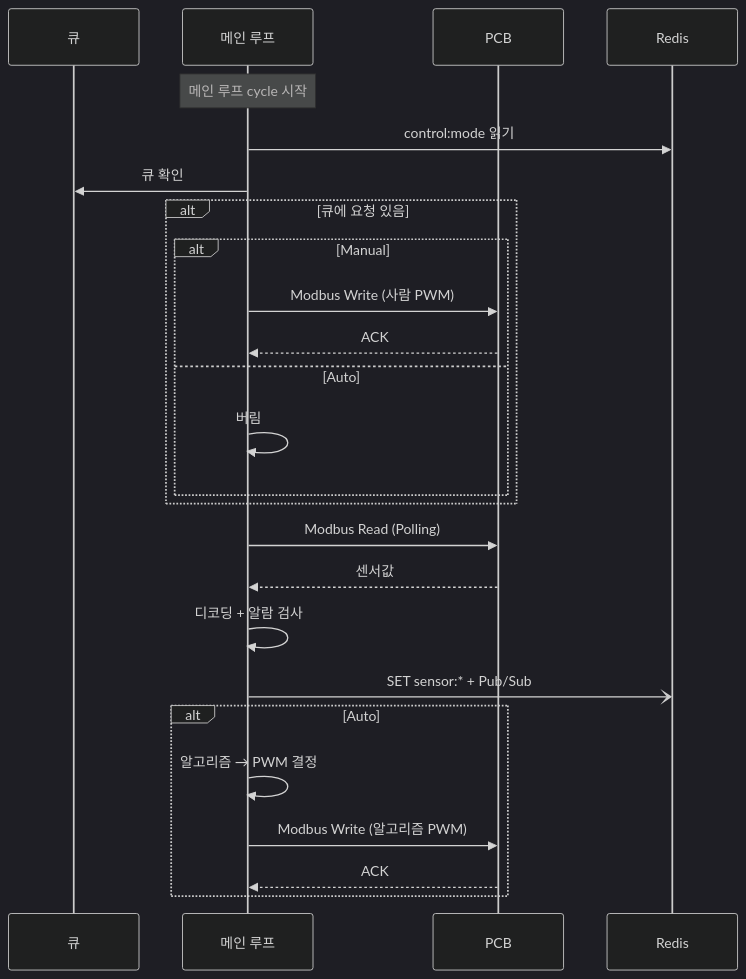
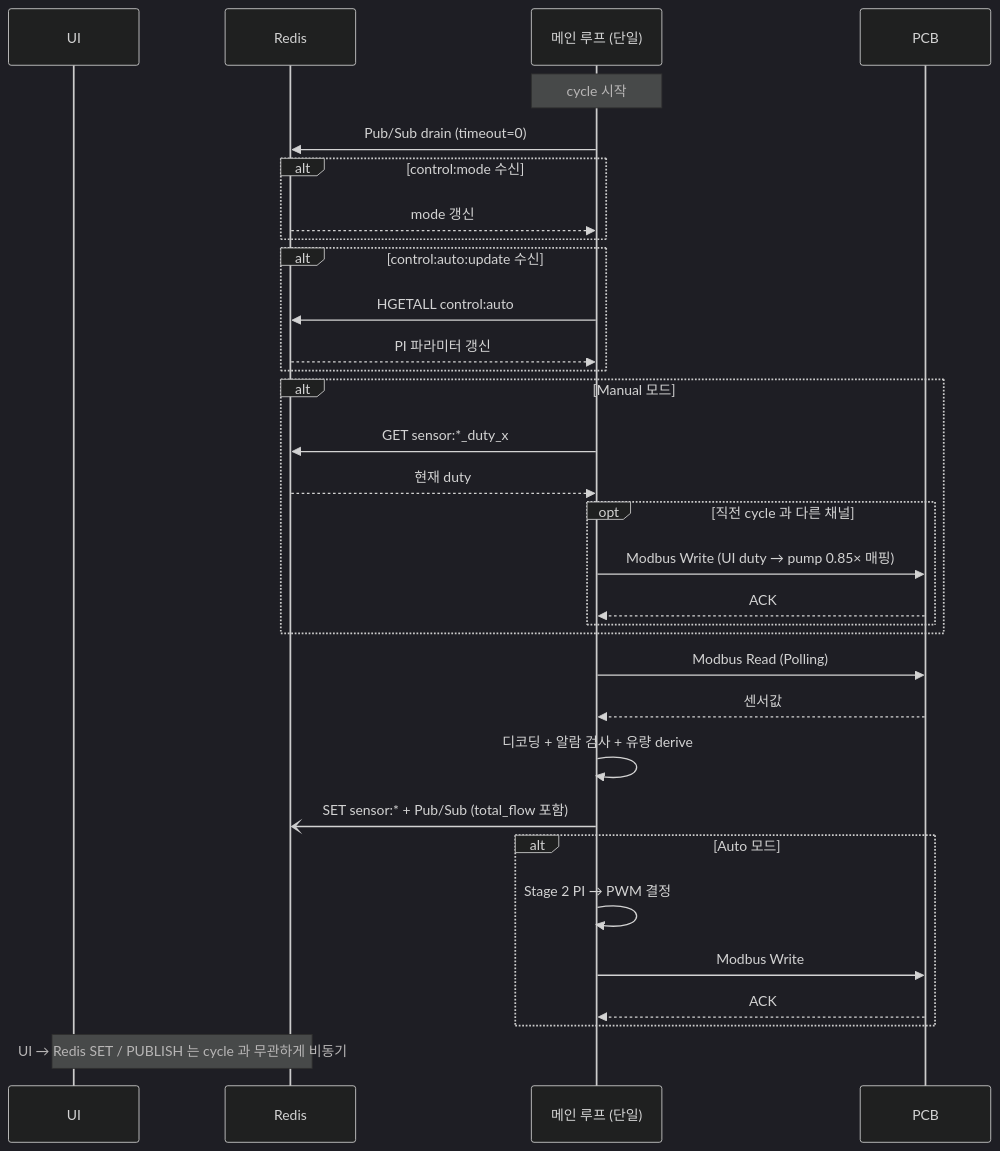
Before and after one commit to DEEPGadget/L2A_CDU_system: the diagram in docs/MCG.md, drawn with Mermaid (dark theme). The commit also changed other lines of this file and 12 other files, not shown here.

````diff
--- a/docs/MCG.md
+++ b/docs/MCG.md
@@ -125,31 +137,39 @@
 ```mermaid
 sequenceDiagram
-    participant Queue as 큐
-    participant Main as 메인 루프
+    participant UI as UI
+    participant Redis as Redis
+    participant Main as 메인 루프 (단일)
     participant PCB as PCB
-    participant Redis as Redis
 
-    Note over Main: 메인 루프 cycle 시작
-    Main->>Redis: control:mode 읽기
+    Note over Main: cycle 시작
+    Main->>Redis: Pub/Sub drain (timeout=0)
+    alt control:mode 수신
+        Redis-->>Main: mode 갱신
+    end
+    alt control:auto:update 수신
+        Main->>Redis: HGETALL control:auto
+        Redis-->>Main: PI 파라미터 갱신
+    end
 
-    Main->>Queue: 큐 확인
-    alt 큐에 요청 있음
-        alt Manual
-            Main->>PCB: Modbus Write (사람 PWM)
+    alt Manual 모드
+        Main->>Redis: GET sensor:*_duty_x
+        Redis-->>Main: 현재 duty
+        opt 직전 cycle 과 다른 채널
+            Main->>PCB: Modbus Write (UI duty → pump 0.85× 매핑)
             PCB-->>Main: ACK
-        else Auto
-            Main->>Main: 버림
         end
     end
 
     Main->>PCB: Modbus Read (Polling)
     PCB-->>Main: 센서값
-    Main->>Main: 디코딩 + 알람 검사
-    Main-)Redis: SET sensor:* + Pub/Sub
+    Main->>Main: 디코딩 + 알람 검사 + 유량 derive
+    Main-)Redis: SET sensor:* + Pub/Sub (total_flow 포함)
 
-    alt Auto
-        Main->>Main: 알고리즘 → PWM 결정
-        Main->>PCB: Modbus Write (알고리즘 PWM)
+    alt Auto 모드
+        Main->>Main: Stage 2 PI → PWM 결정
+        Main->>PCB: Modbus Write
         PCB-->>Main: ACK
     end
+
+    Note over UI,Redis: UI → Redis SET / PUBLISH 는 cycle 과 무관하게 비동기
 ```
````
